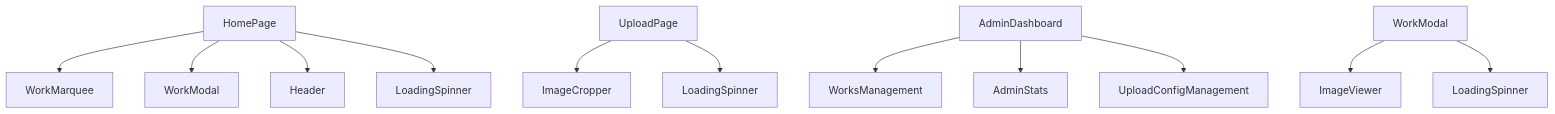
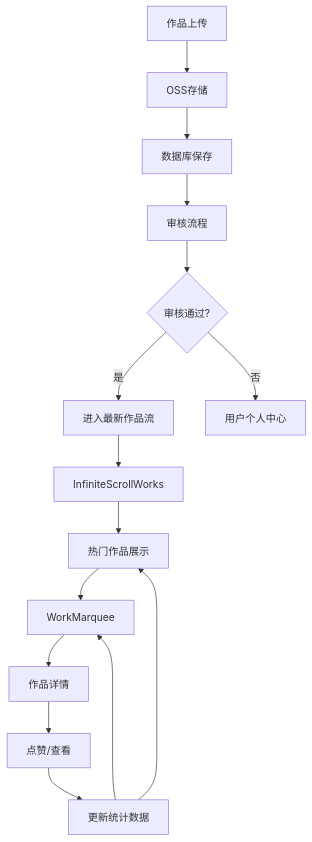
One commit to Eyre921/yunqi changed the fifth of 5 diagrams in .qoder/repowiki/zh/content/核心功能/核心功能.md. Above: the diagram before and after it, drawn with Mermaid. The commit also changed other lines of this file and 24 other files, not shown here.

````diff
--- a/.qoder/repowiki/zh/content/核心功能/核心功能.md
+++ b/.qoder/repowiki/zh/content/核心功能/核心功能.md
@@ -187,14 +240,17 @@
 ```mermaid
-graph TD
-A[HomePage] --> B[WorkMarquee]
-A --> C[WorkModal]
-A --> D[Header]
-A --> E[LoadingSpinner]
-F[UploadPage] --> G[ImageCropper]
-F --> H[LoadingSpinner]
-I[AdminDashboard] --> J[WorksManagement]
-I --> K[AdminStats]
-I --> L[UploadConfigManagement]
-M[WorkModal] --> N[ImageViewer]
-M --> O[LoadingSpinner]
+flowchart TD
+A[作品上传] --> B[OSS存储]
+B --> C[数据库保存]
+C --> D[审核流程]
+D --> E{审核通过?}
+E --> |是| F[进入最新作品流]
+F --> G[InfiniteScrollWorks]
+G --> H[热门作品展示]
+E --> |否| I[用户个人中心]
+H --> J[WorkMarquee]
+J --> K[作品详情]
+K --> L[点赞/查看]
+L --> M[更新统计数据]
+M --> H
+M --> J
 ```
````
